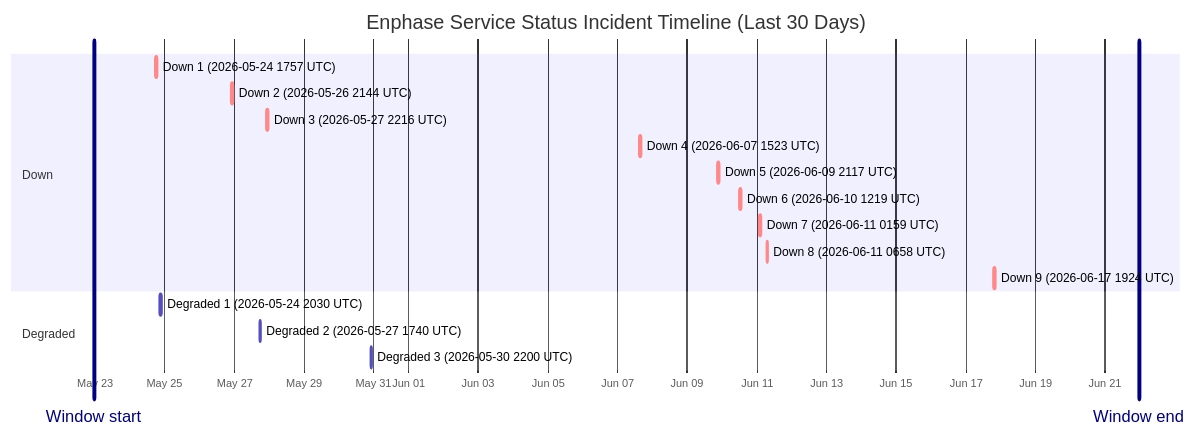
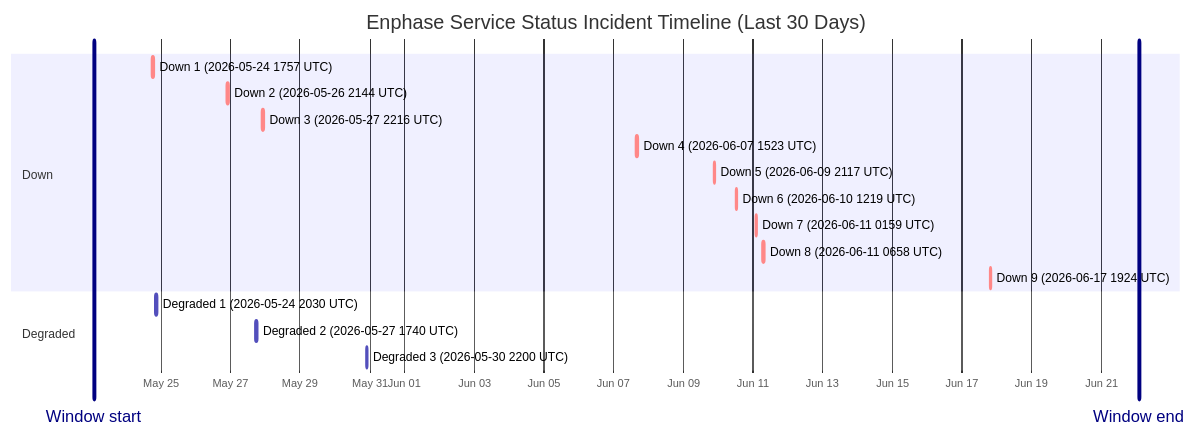
The diagram in wiki/Service-Status-History.md (barneyonline/ha-enphase-energy), drawn with Mermaid before and after one commit. The commit also changed other lines of this file and 3 other files, not shown here.

````diff
--- a/wiki/Service-Status-History.md
+++ b/wiki/Service-Status-History.md
@@ -14,22 +14,22 @@
 ```mermaid
 gantt
     title Enphase Service Status Incident Timeline (Last 30 Days)
     dateFormat  YYYY-MM-DDTHH:mm:ss
     axisFormat  %b %d
-    Window start :vert, window-start, 2026-05-22T23:11:31, 0ms
-    Window end :vert, window-end, 2026-06-21T23:11:31, 0ms
+    Window start :vert, window-start, 2026-05-23T02:01:22, 0ms
+    Window end :vert, window-end, 2026-06-22T02:01:22, 0ms
     section Down
     Down 1 (2026-05-24 1757 UTC) :crit, down-1, 2026-05-24T17:57:41, 86m
     Down 2 (2026-05-26 2144 UTC) :crit, down-2, 2026-05-26T21:44:11, 85m
     Down 3 (2026-05-27 2216 UTC) :crit, down-3, 2026-05-27T22:16:53, 87m
     Down 4 (2026-06-07 1523 UTC) :crit, down-4, 2026-06-07T15:23:22, 87m
     Down 5 (2026-06-09 2117 UTC) :crit, down-5, 2026-06-09T21:17:17, 60m
     Down 6 (2026-06-10 1219 UTC) :crit, down-6, 2026-06-10T12:19:21, 60m
     Down 7 (2026-06-11 0159 UTC) :crit, down-7, 2026-06-11T01:59:36, 60m
     Down 8 (2026-06-11 0658 UTC) :crit, down-8, 2026-06-11T06:58:45, 60m
     Down 9 (2026-06-17 1924 UTC) :crit, down-9, 2026-06-17T19:24:51, 60m
     section Degraded
     Degraded 1 (2026-05-24 2030 UTC) :active, degraded-1, 2026-05-24T20:30:57, 84m
     Degraded 2 (2026-05-27 1740 UTC) :active, degraded-2, 2026-05-27T17:40:52, 60m
     Degraded 3 (2026-05-30 2200 UTC) :active, degraded-3, 2026-05-30T22:00:37, 60m
 ```
````
